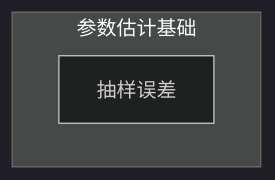
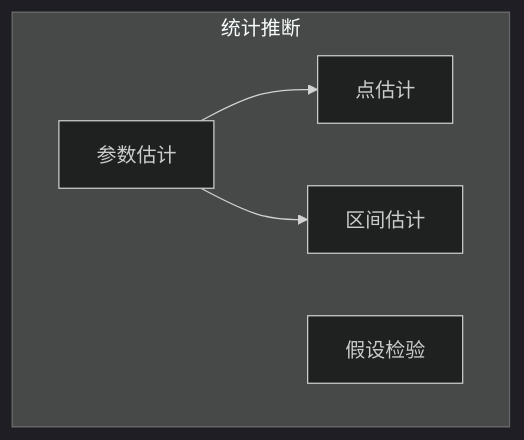
One commit to introvert24312/somehow changed the second of 2 diagrams in source/_posts/Mind map of health statistics.md. Above: the diagram before and after it, drawn with Mermaid (dark theme). The commit also changed other lines of this file and 1 other file, not shown here.

````diff
--- a/source/_posts/Mind map of health statistics.md
+++ b/source/_posts/Mind map of health statistics.md
@@ -29,7 +27,9 @@
 ```mermaid
 graph TD;
-subgraph 参数估计基础
-抽样误差
+subgraph 统计推断
+1[参数估计]-->点估计
+1-->区间估计
+假设检验
 end
 
 ```
````
